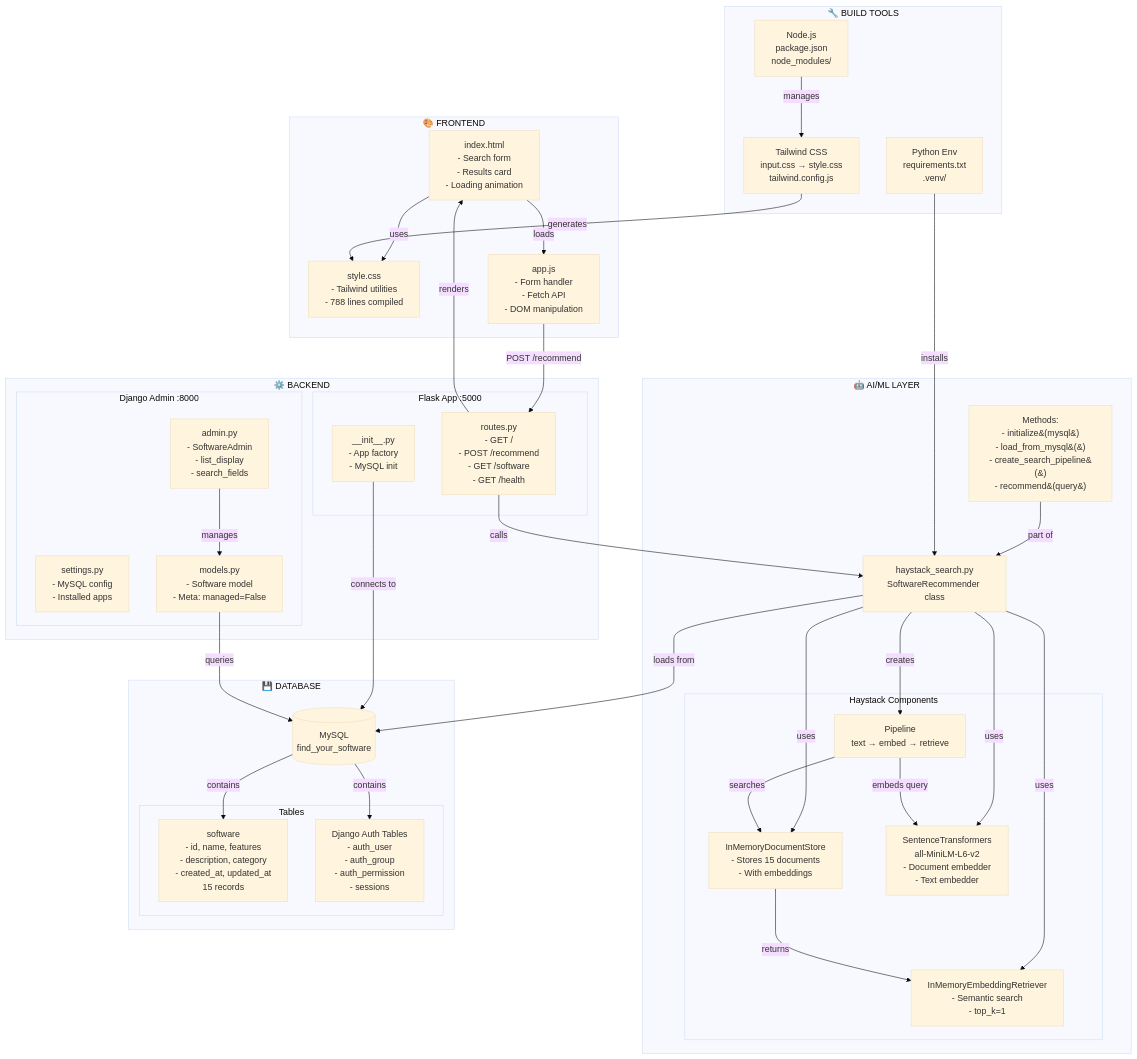
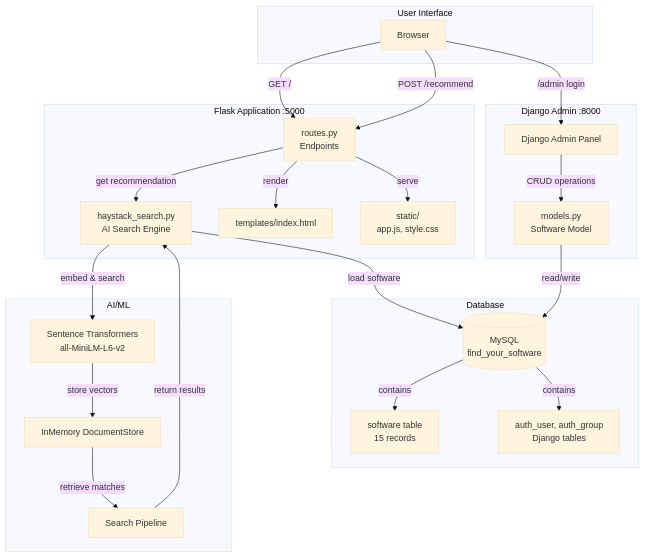
Before and after one commit to aar4i/find-your-software: the diagram in diagrams/architecture.md, drawn with Mermaid (base theme). The commit also changed 3 other files, not shown here.

````diff
--- a/diagrams/architecture.md
+++ b/diagrams/architecture.md
@@ -1,86 +1,50 @@
 ```mermaid
-    graph TB
-        subgraph Frontend["🎨 FRONTEND"]
-            HTML[index.html<br/>- Search form<br/>- Results card<br/>- Loading animation]
-            CSS[style.css<br/>- Tailwind utilities<br/>- 788 lines compiled]
-            JS[app.js<br/>- Form handler<br/>- Fetch API<br/>- DOM manipulation]
-        end
-        
-        subgraph Backend["⚙️ BACKEND"]
-            subgraph Flask["Flask App :5000"]
-                FlaskInit[__init__.py<br/>- App factory<br/>- MySQL init]
-                FlaskRoutes[routes.py<br/>- GET /<br/>- POST /recommend<br/>- GET /software<br/>- GET /health]
-            end
-            
-            subgraph Django["Django Admin :8000"]
-                DjangoSettings[settings.py<br/>- MySQL config<br/>- Installed apps]
-                DjangoAdmin[admin.py<br/>- SoftwareAdmin<br/>- list_display<br/>- search_fields]
-                DjangoModels[models.py<br/>- Software model<br/>- Meta: managed=False]
-            end
-        end
-        
-        subgraph AI["🤖 AI/ML LAYER"]
-            HaystackService[haystack_search.py<br/>SoftwareRecommender class]
-            
-            subgraph Components["Haystack Components"]
-                DocStore[InMemoryDocumentStore<br/>- Stores 15 documents<br/>- With embeddings]
-                Embedder[SentenceTransformers<br/>all-MiniLM-L6-v2<br/>- Document embedder<br/>- Text embedder]
-                Retriever[InMemoryEmbeddingRetriever<br/>- Semantic search<br/>- top_k=1]
-                SearchPipeline[Pipeline<br/>text → embed → retrieve]
-            end
-            
-            Methods[Methods:<br/>- initialize&#40;mysql&#41;<br/>- load_from_mysql&#40;&#41;<br/>- create_search_pipeline&#40;&#41;<br/>- recommend&#40;query&#41;]
-        end
-        
-        subgraph Database["💾 DATABASE"]
-            MySQL[(MySQL<br/>find_your_software)]
-            
-            subgraph Tables["Tables"]
-                SoftwareT[software<br/>- id, name, features<br/>- description, category<br/>- created_at, updated_at<br/>15 records]
-                AuthT[Django Auth Tables<br/>- auth_user<br/>- auth_group<br/>- auth_permission<br/>- sessions]
-            end
-        end
-        
-        subgraph Build["🔧 BUILD TOOLS"]
-            Tailwind[Tailwind CSS<br/>input.css → style.css<br/>tailwind.config.js]
-            NPM[Node.js<br/>package.json<br/>node_modules/]
-            Python[Python Env<br/>requirements.txt<br/>.venv/]
-        end
-        
-        %% Frontend connections
-        HTML -->|uses| CSS
-        HTML -->|loads| JS
-        JS -->|POST /recommend| FlaskRoutes
-        
-        %% Backend connections
-        FlaskRoutes -->|calls| HaystackService
-        FlaskRoutes -->|renders| HTML
-        FlaskInit -->|connects to| MySQL
-        
-        DjangoAdmin -->|manages| DjangoModels
-        DjangoModels -->|queries| MySQL
-        
-        %% AI connections
-        HaystackService -->|uses| DocStore
-        HaystackService -->|uses| Embedder
-        HaystackService -->|uses| Retriever
-        HaystackService -->|creates| SearchPipeline
-        HaystackService -->|loads from| MySQL
-        
-        SearchPipeline -->|embeds query| Embedder
-        SearchPipeline -->|searches| DocStore
-        DocStore -->|returns| Retriever
-        
-        Methods -->|part of| HaystackService
-        
-        %% Database connections
-        MySQL -->|contains| SoftwareT
-        MySQL -->|contains| AuthT
-        
-        %% Build tools
-        Tailwind -->|generates| CSS
-        NPM -->|manages| Tailwind
-        Python -->|installs| HaystackService
-        
-        
+graph TB
+    subgraph "User Interface"
+        Browser[Browser]
+    end
+    
+    subgraph "Flask Application :5000"
+        Routes[routes.py<br/>Endpoints]
+        Haystack[haystack_search.py<br/>AI Search Engine]
+        Templates[templates/index.html]
+        Static[static/<br/>app.js, style.css]
+    end
+    
+    subgraph "Django Admin :8000"
+        DjangoAdmin[Django Admin Panel]
+        DjangoModels[models.py<br/>Software Model]
+    end
+    
+    subgraph "Database"
+        MySQL[(MySQL<br/>find_your_software)]
+        SoftwareTable[software table<br/>15 records]
+        AuthTables[auth_user, auth_group<br/>Django tables]
+    end
+    
+    subgraph "AI/ML"
+        SentenceTransformers[Sentence Transformers<br/>all-MiniLM-L6-v2]
+        DocumentStore[InMemory DocumentStore]
+        Pipeline[Search Pipeline]
+    end
+    
+    Browser -->|GET /| Routes
+    Browser -->|POST /recommend| Routes
+    Routes -->|render| Templates
+    Routes -->|serve| Static
+    Routes -->|get recommendation| Haystack
+    
+    Haystack -->|load software| MySQL
+    Haystack -->|embed & search| SentenceTransformers
+    SentenceTransformers -->|store vectors| DocumentStore
+    DocumentStore -->|retrieve matches| Pipeline
+    Pipeline -->|return results| Haystack
+    
+    Browser -->|/admin login| DjangoAdmin
+    DjangoAdmin -->|CRUD operations| DjangoModels
+    DjangoModels -->|read/write| MySQL
+    
+    MySQL -->|contains| SoftwareTable
+    MySQL -->|contains| AuthTables
+
 ```
````
